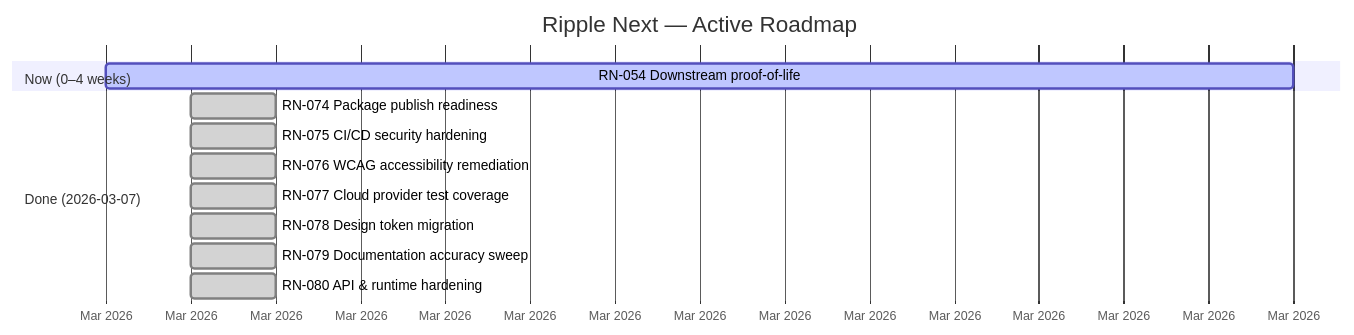
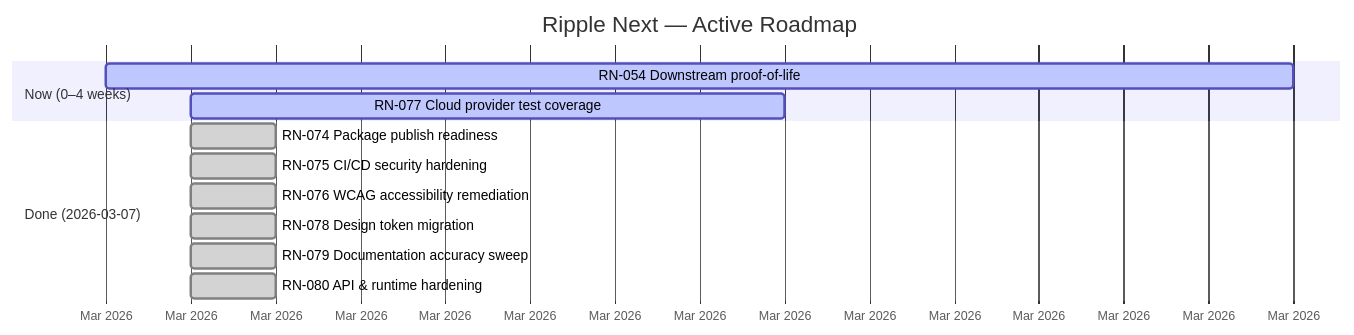
One commit to jbejenar/ripple-next changed the diagram in docs/product-roadmap/README.md. Above: the diagram before and after it, drawn with Mermaid. The commit also changed other lines of this file, not shown here.

First line of the commit message:
docs: update roadmap DoD checkboxes to reflect actual implementation

````diff
--- a/docs/product-roadmap/README.md
+++ b/docs/product-roadmap/README.md
@@ -16,18 +16,18 @@
 ```mermaid
 gantt
     title Ripple Next — Active Roadmap
     dateFormat YYYY-MM-DD
     axisFormat %b %Y
 
     section Now (0–4 weeks)
     RN-054 Downstream proof-of-life        :active, rn054, 2026-03-06, 14d
+    RN-077 Cloud provider test coverage     :active, rn077, 2026-03-07, 7d
 
     section Done (2026-03-07)
     RN-074 Package publish readiness        :done, rn074, 2026-03-07, 1d
     RN-075 CI/CD security hardening         :done, rn075, 2026-03-07, 1d
     RN-076 WCAG accessibility remediation   :done, rn076, 2026-03-07, 1d
-    RN-077 Cloud provider test coverage     :done, rn077, 2026-03-07, 1d
     RN-078 Design token migration           :done, rn078, 2026-03-07, 1d
     RN-079 Documentation accuracy sweep     :done, rn079, 2026-03-07, 1d
     RN-080 API & runtime hardening          :done, rn080, 2026-03-07, 1d
 ```
````
